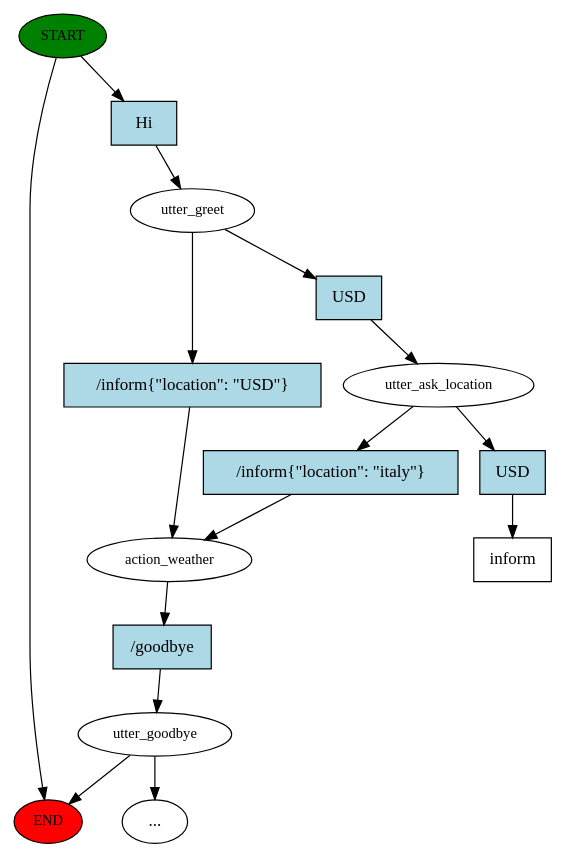
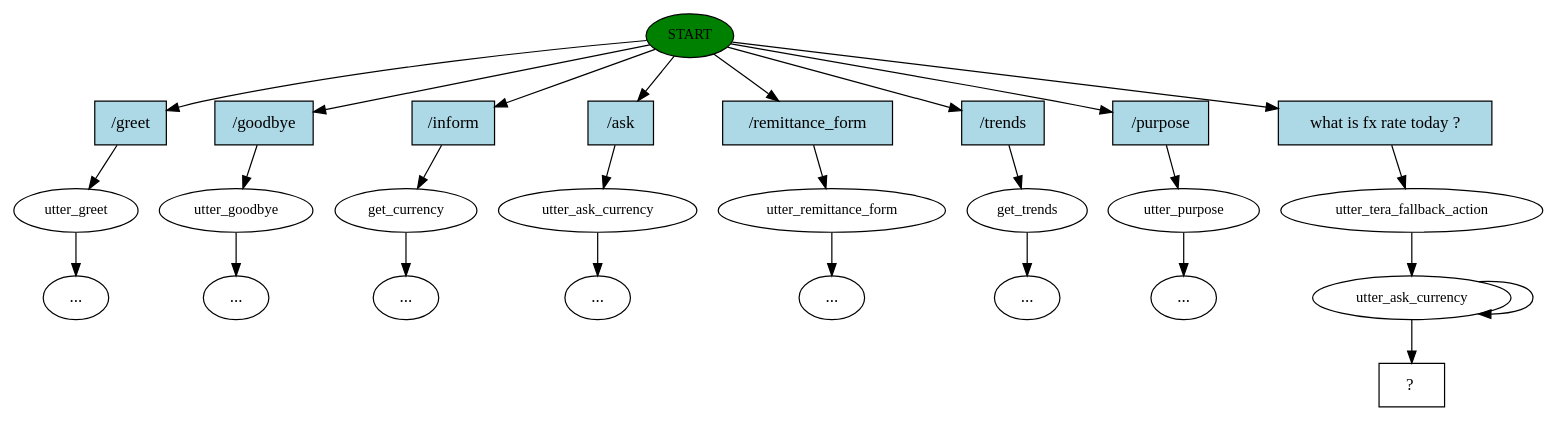
Before and after one commit to vijaykpawar/rasabot: the diagram in story_graph.dot, drawn with Graphviz. The commit also changed 9 other files, not shown here.

```diff
--- a/story_graph.dot
+++ b/story_graph.dot
@@ -1,31 +1,54 @@
 digraph  {
 0 [class="start active", fillcolor=green, fontsize=12, label=START, style=filled];
-"-1" [class=end, fillcolor=red, fontsize=12, label=END, style=filled];
-1 [class=active, fontsize=12, label=utter_greet];
-2 [class=active, fontsize=12, label=utter_ask_location];
-3 [class="", fontsize=12, label=action_weather];
+1 [class="", fontsize=12, label=utter_greet];
 4 [class="", fontsize=12, label=utter_goodbye];
-"-3" [class=ellipsis, label="..."];
-10 [class="intent dashed active", label=inform, shape=rect];
-11 [class="intent active", fillcolor=lightblue, label=Hi, shape=rect, style=filled];
-12 [class="intent active", fillcolor=lightblue, label=USD, shape=rect, style=filled];
-13 [class=intent, fillcolor=lightblue, label="/inform\{\"location\":\ \"USD\"\}", shape=rect, style=filled];
-14 [class=intent, fillcolor=lightblue, label="/inform\{\"location\":\ \"italy\"\}", shape=rect, style=filled];
-15 [class="intent active", fillcolor=lightblue, label=USD, shape=rect, style=filled];
+"-6" [class=ellipsis, label="..."];
+5 [class="", fontsize=12, label=get_currency];
+"-7" [class=ellipsis, label="..."];
+"-8" [class=ellipsis, label="..."];
+7 [class="", fontsize=12, label=utter_ask_currency];
+"-9" [class=ellipsis, label="..."];
+8 [class="", fontsize=12, label=utter_remittance_form];
+"-10" [class=ellipsis, label="..."];
+9 [class="", fontsize=12, label=get_trends];
+"-11" [class=ellipsis, label="..."];
+10 [class="", fontsize=12, label=utter_purpose];
+"-12" [class=ellipsis, label="..."];
+11 [class=active, fontsize=12, label=utter_tera_fallback_action];
+12 [class=active, fontsize=12, label=utter_ask_currency];
+14 [class="intent dashed active", label="  ?  ", shape=rect];
+15 [class=intent, fillcolor=lightblue, label="/greet", shape=rect, style=filled];
 16 [class=intent, fillcolor=lightblue, label="/goodbye", shape=rect, style=filled];
-0 -> "-1"  [class="", key=NONE, label=""];
-0 -> 11  [class=active, key=0];
-1 -> 12  [class=active, key=0];
-1 -> 13  [class="", key=0];
-2 -> 14  [class="", key=0];
-2 -> 15  [class=active, key=0];
-3 -> 16  [class="", key=0];
-4 -> "-1"  [class="", key=NONE, label=""];
-4 -> "-3"  [class="", key=NONE, label=""];
-11 -> 1  [class=active, key=0];
-12 -> 2  [class=active, key=0];
-13 -> 3  [class="", key=0];
-14 -> 3  [class="", key=0];
-15 -> 10  [class=active, key=0];
+17 [class=intent, fillcolor=lightblue, label="/inform", shape=rect, style=filled];
+18 [class=intent, fillcolor=lightblue, label="/ask", shape=rect, style=filled];
+19 [class=intent, fillcolor=lightblue, label="/remittance_form", shape=rect, style=filled];
+20 [class=intent, fillcolor=lightblue, label="/trends", shape=rect, style=filled];
+21 [class=intent, fillcolor=lightblue, label="/purpose", shape=rect, style=filled];
+22 [class="intent active", fillcolor=lightblue, label="what\ is\ fx\ rate\ today\ \?", shape=rect, style=filled];
+0 -> 15  [class="", key=0];
+0 -> 16  [class="", key=0];
+0 -> 17  [class="", key=0];
+0 -> 18  [class="", key=0];
+0 -> 19  [class="", key=0];
+0 -> 20  [class="", key=0];
+0 -> 21  [class="", key=0];
+0 -> 22  [class=active, key=0];
+1 -> "-8"  [class="", key=NONE, label=""];
+4 -> "-6"  [class="", key=NONE, label=""];
+5 -> "-7"  [class="", key=NONE, label=""];
+7 -> "-9"  [class="", key=NONE, label=""];
+8 -> "-10"  [class="", key=NONE, label=""];
+9 -> "-11"  [class="", key=NONE, label=""];
+10 -> "-12"  [class="", key=NONE, label=""];
+11 -> 12  [class=active, key=NONE, label=""];
+12 -> 14  [class=active, key=NONE, label=""];
+12 -> 12  [class=active, key=NONE, label=""];
+15 -> 1  [class="", key=0];
 16 -> 4  [class="", key=0];
+17 -> 5  [class="", key=0];
+18 -> 7  [class="", key=0];
+19 -> 8  [class="", key=0];
+20 -> 9  [class="", key=0];
+21 -> 10  [class="", key=0];
+22 -> 11  [class=active, key=0];
 }
```
